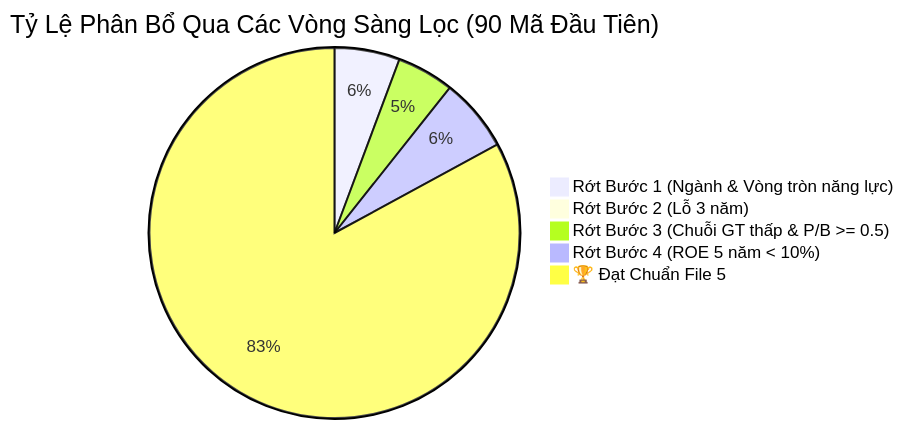
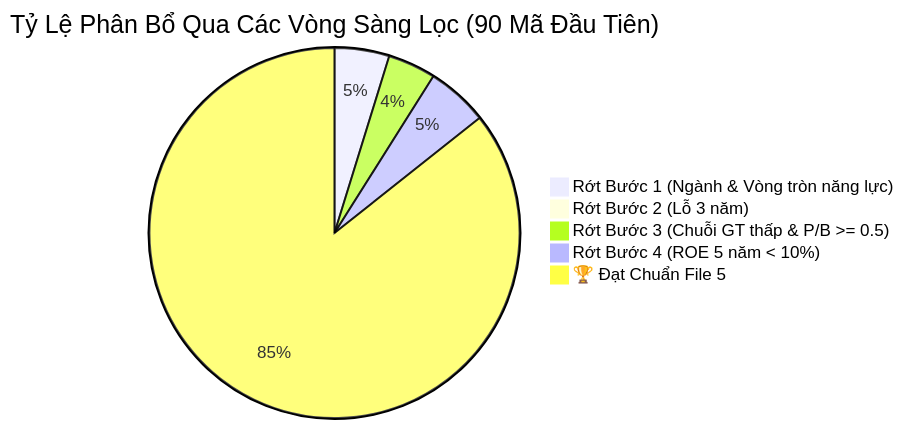
One commit to lenhan1102/pdf-analyzer changed the diagram in screenings/screening_dashboard.md. Above: the diagram before and after it, drawn with Mermaid. The commit also changed other lines of this file and 8 other files, not shown here.

````diff
--- a/screenings/screening_dashboard.md
+++ b/screenings/screening_dashboard.md
@@ -9,8 +9,8 @@
 ```mermaid
 pie title Tỷ Lệ Phân Bổ Qua Các Vòng Sàng Lọc (90 Mã Đầu Tiên)
     "Rớt Bước 1 (Ngành & Vòng tròn năng lực)" : 16
     "Rớt Bước 2 (Lỗ 3 năm)" : 1
     "Rớt Bước 3 (Chuỗi GT thấp & P/B >= 0.5)" : 14
     "Rớt Bước 4 (ROE 5 năm < 10%)" : 18
-    "🏆 Đạt Chuẩn File 5" : 233
+    "🏆 Đạt Chuẩn File 5" : 287
 ```
````
